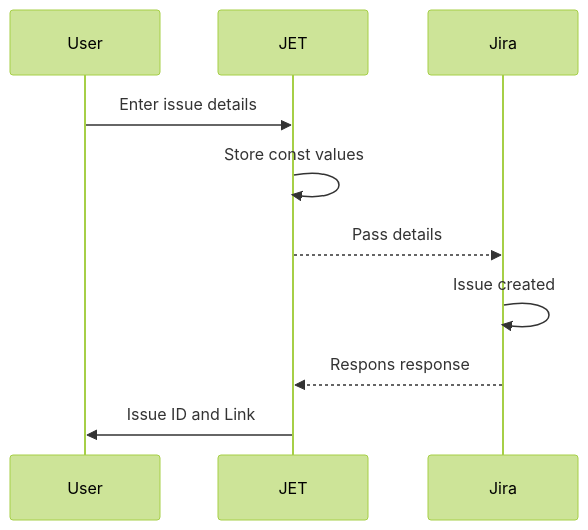
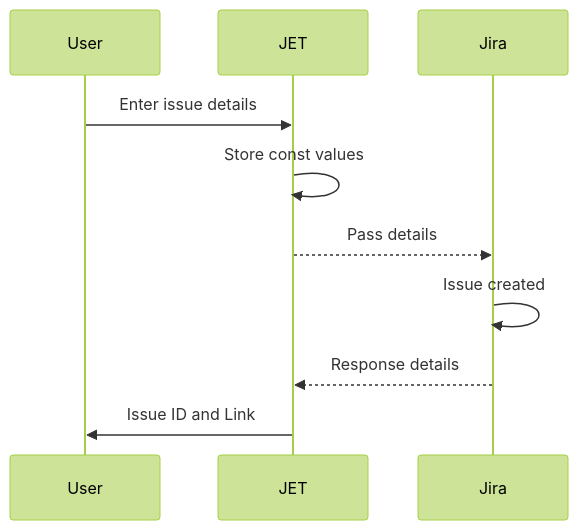
Before and after one commit to rabbott01/JET: the diagram in README.md, drawn with Mermaid (forest theme).

````diff
--- a/README.md
+++ b/README.md
@@ -31,9 +31,9 @@
 ```mermaid
 sequenceDiagram
     User->>JET: Enter issue details
     JET->>JET: Store const values
     JET-->>Jira: Pass details
     Jira->>Jira: Issue created
-    Jira-->>JET: Respons response
+    Jira-->>JET: Response details
     JET->>User: Issue ID and Link
 ```
````
